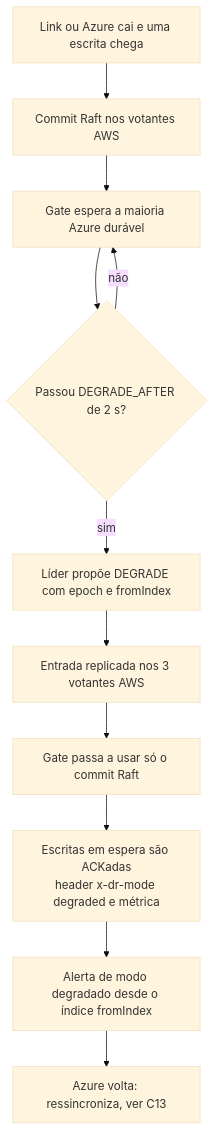
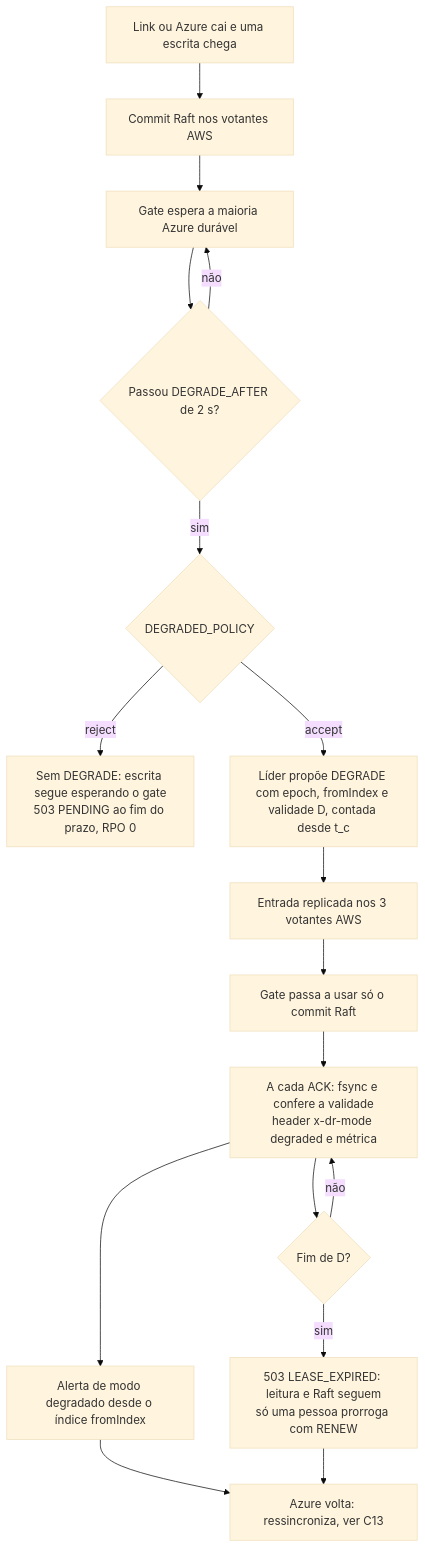
The diagram in 02_cenarios/atualizados/C12-modo-degradado.md (brbarmex/k), drawn with Mermaid (base theme) before and after one commit. The commit also changed other lines of this file and 139 other files, not shown here.

````diff
--- a/02_cenarios/atualizados/C12-modo-degradado.md
+++ b/02_cenarios/atualizados/C12-modo-degradado.md
@@ -11,13 +16,19 @@
 ```mermaid
 flowchart TD
     A["Link ou Azure cai e uma escrita chega"] --> B["Commit Raft nos votantes AWS"]
     B --> C["Gate espera a maioria Azure durável"]
     C --> D{"Passou DEGRADE_AFTER de 2 s?"}
     D -->|"não"| C
-    D -->|"sim"| E["Líder propõe DEGRADE com epoch e fromIndex"]
+    D -->|"sim"| P{"DEGRADED_POLICY"}
+    P -->|"reject"| R["Sem DEGRADE: escrita segue esperando o gate<br/>503 PENDING ao fim do prazo, RPO 0"]
+    P -->|"accept"| E["Líder propõe DEGRADE com epoch, fromIndex e validade D, contada desde t_c"]
     E --> F["Entrada replicada nos 3 votantes AWS"]
     F --> G["Gate passa a usar só o commit Raft"]
-    G --> H["Escritas em espera são ACKadas<br/>header x-dr-mode degraded e métrica"]
+    G --> H["A cada ACK: fsync e confere a validade<br/>header x-dr-mode degraded e métrica"]
     H --> I["Alerta de modo degradado desde o índice fromIndex"]
+    H --> L{"Fim de D?"}
+    L -->|"sim"| M["503 LEASE_EXPIRED: leitura e Raft seguem<br/>só uma pessoa prorroga com RENEW"]
+    L -->|"não"| H
     I --> J["Azure volta: ressincroniza, ver C13"]
+    M --> J
 ```
````
